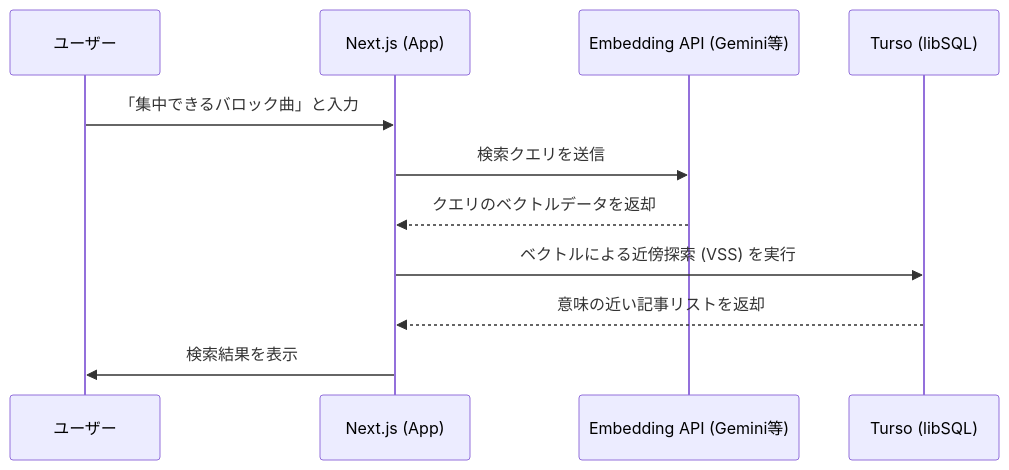
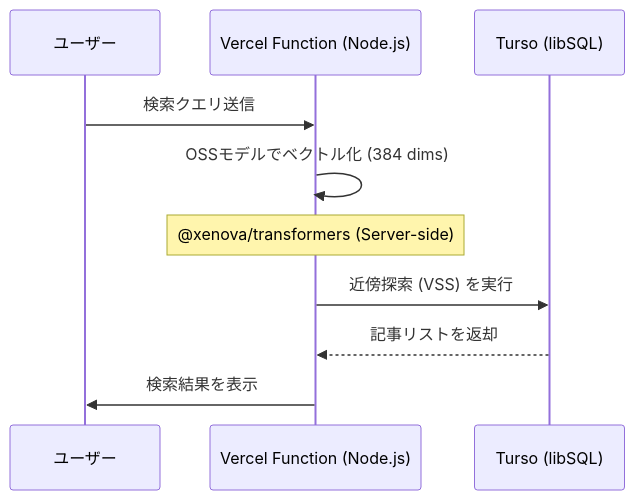
One commit to preludio-lab/preludio-lab changed the third of 3 diagrams in docs/05_design/database-schema.md. Above: the diagram before and after it, drawn with Mermaid. The commit also changed other lines of this file, not shown here.

Commit message:
docs: adopt server-side OSS embedding architecture

````diff
--- a/docs/05_design/database-schema.md
+++ b/docs/05_design/database-schema.md
@@ -156,14 +155,13 @@
 ```mermaid
 sequenceDiagram
     participant User as ユーザー
-    participant UI as Next.js (App)
-    participant AI as Embedding API (Gemini等)
+    participant Server as Vercel Function (Node.js)
     participant DB as Turso (libSQL)
 
-    User->>UI: 「集中できるバロック曲」と入力
-    UI->>AI: 検索クエリを送信
-    AI-->>UI: クエリのベクトルデータを返却
-    UI->>DB: ベクトルによる近傍探索 (VSS) を実行
-    DB-->>UI: 意味の近い記事リストを返却
-    UI->>User: 検索結果を表示
+    User->>Server: 検索クエリ送信
+    Server->>Server: OSSモデルでベクトル化 (384 dims)
+    Note over Server: @xenova/transformers (Server-side)
+    Server->>DB: 近傍探索 (VSS) を実行
+    DB-->>Server: 記事リストを返却
+    Server->>User: 検索結果を表示
 ```
````
